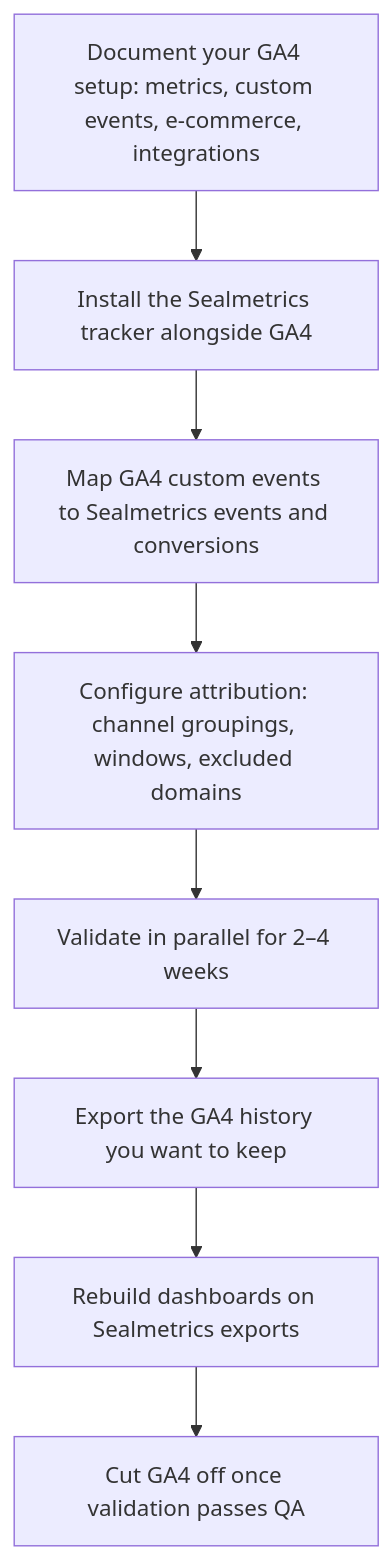
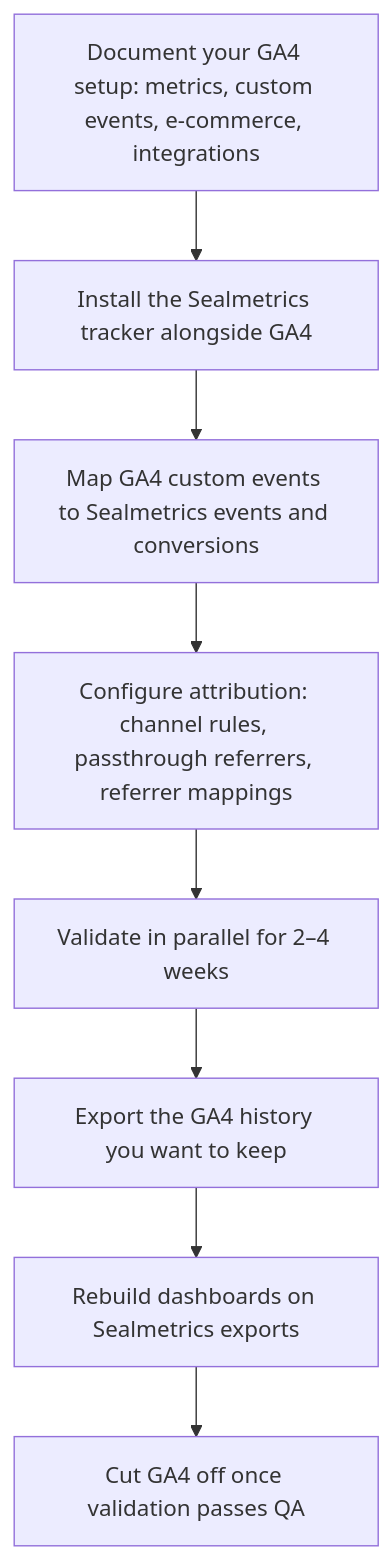
The diagram in docs/ga4-migration/index.mdx (sealmetrics/docs), drawn with Mermaid before and after one commit. The commit also changed other lines of this file and 4 other files, not shown here.

````diff
--- a/docs/ga4-migration/index.mdx
+++ b/docs/ga4-migration/index.mdx
@@ -55,10 +55,10 @@
 ```mermaid
 flowchart TD
     A["Document your GA4 setup: metrics, custom events, e-commerce, integrations"] --> B["Install the Sealmetrics tracker alongside GA4"]
     B --> C["Map GA4 custom events to Sealmetrics events and conversions"]
-    C --> D["Configure attribution: channel groupings, windows, excluded domains"]
+    C --> D["Configure attribution: channel rules, passthrough referrers, referrer mappings"]
     D --> E["Validate in parallel for 2–4 weeks"]
     E --> F["Export the GA4 history you want to keep"]
     F --> G["Rebuild dashboards on Sealmetrics exports"]
     G --> H["Cut GA4 off once validation passes QA"]
 ```
````
